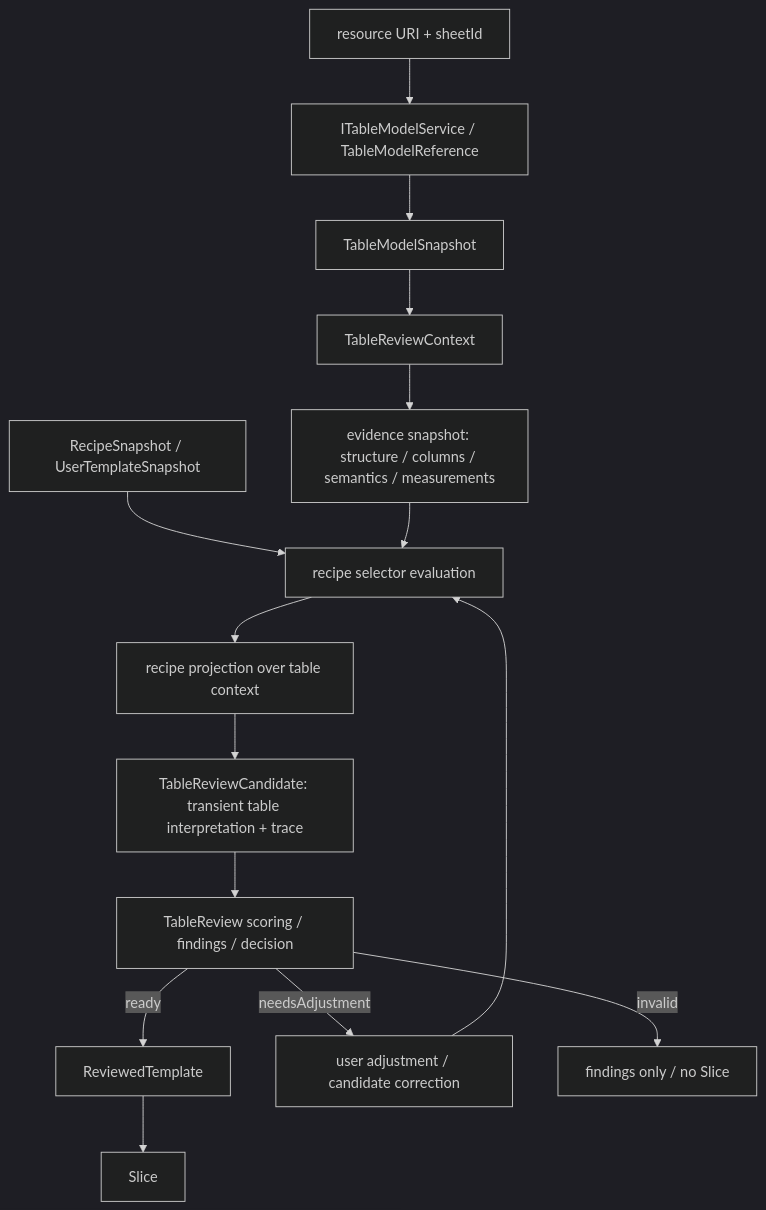
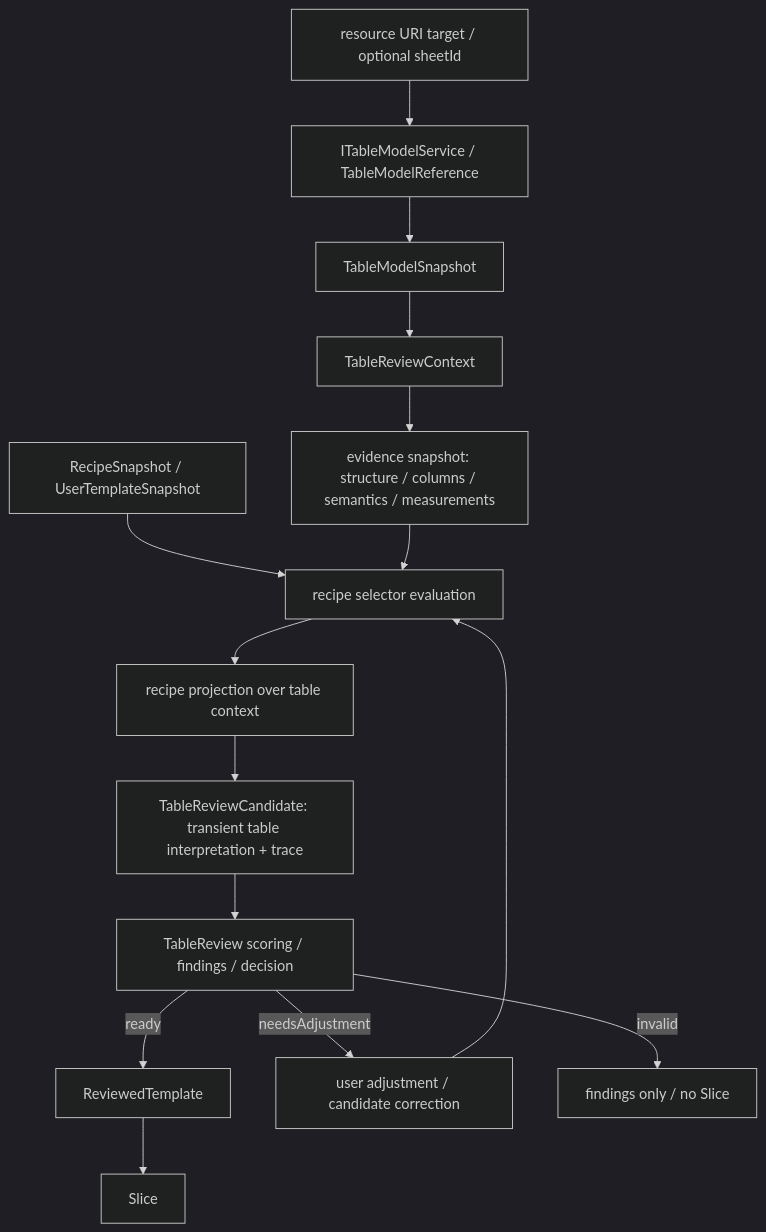
One commit to chogng/conductor changed the third of 3 diagrams in .github/README.md. Above: the diagram before and after it, drawn with Mermaid (dark theme). The commit also changed other lines of this file and 15 other files, not shown here.

````diff
--- a/.github/README.md
+++ b/.github/README.md
@@ -395,17 +396,17 @@
 ```mermaid
 flowchart TD
-  A[resource URI + sheetId] --> B[ITableModelService / TableModelReference]
+  A[resource URI target / optional sheetId] --> B[ITableModelService / TableModelReference]
   B --> C[TableModelSnapshot]
   C --> D[TableReviewContext]
   D --> E[evidence snapshot: structure / columns / semantics / measurements]
   F[RecipeSnapshot / UserTemplateSnapshot] --> G[recipe selector evaluation]
   E --> G
   G --> H[recipe projection over table context]
   H --> I[TableReviewCandidate: transient table interpretation + trace]
   I --> J[TableReview scoring / findings / decision]
   J -->|ready| K[ReviewedTemplate]
   K --> L[Slice]
   J -->|needsAdjustment| M[user adjustment / candidate correction]
   M --> G
   J -->|invalid| N[findings only / no Slice]
 ```
````
